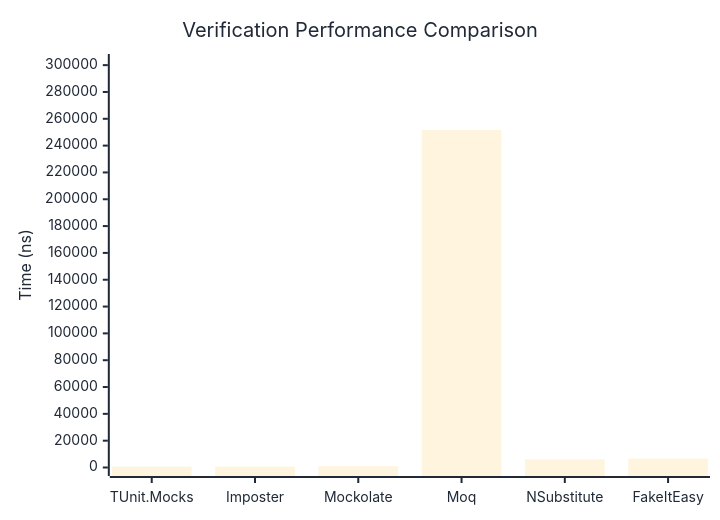
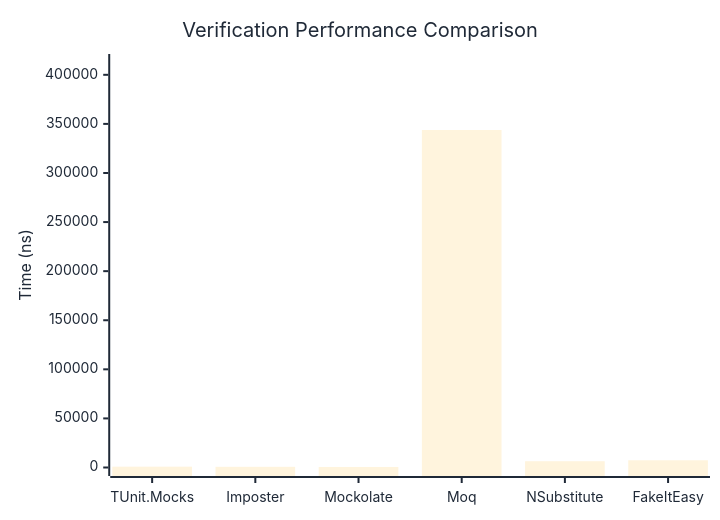
Before and after one commit to thomhurst/TUnit: the first of 3 diagrams in docs/docs/benchmarks/mocks/Verification.md, drawn with Mermaid. The commit also changed other lines of this file and 14 other files, not shown here.

````diff
--- a/docs/docs/benchmarks/mocks/Verification.md
+++ b/docs/docs/benchmarks/mocks/Verification.md
@@ -28,27 +28,27 @@
 ```mermaid
 %%{init: {
   'theme':'base',
   'themeVariables': {
     'primaryColor': '#2563eb',
     'primaryTextColor': '#1f2937',
     'primaryBorderColor': '#1e40af',
     'lineColor': '#6b7280',
     'secondaryColor': '#7c3aed',
     'tertiaryColor': '#dc2626',
     'background': '#ffffff',
     'pie1': '#2563eb',
     'pie2': '#7c3aed',
     'pie3': '#dc2626',
     'pie4': '#f59e0b',
     'pie5': '#10b981',
     'pie6': '#06b6d4',
     'pie7': '#ec4899',
     'pie8': '#6366f1'
   }
 }}%%
 xychart-beta
   title "Verification Performance Comparison"
   x-axis ["TUnit.Mocks", "Imposter", "Mockolate", "Moq", "NSubstitute", "FakeItEasy"]
-  y-axis "Time (ns)" 0 --> 301969
-  bar [681.89, 679.48, 910.96, 251640.33, 6113.04, 6638.07]
+  y-axis "Time (ns)" 0 --> 412538
+  bar [850.29, 687.26, 549.83, 343780.89, 6393.64, 7370.71]
 ```
````
